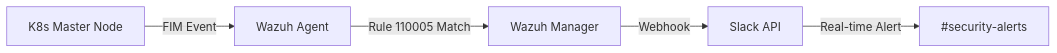
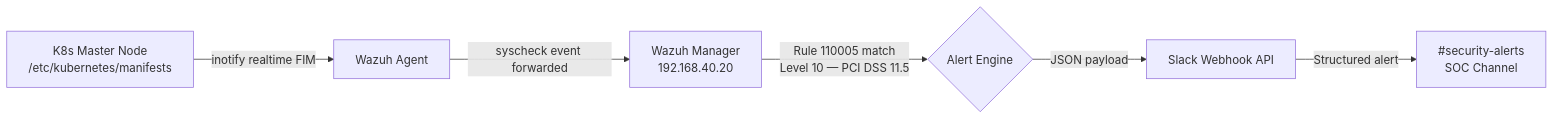
The diagram in README.md (brypreez/homelab), drawn with Mermaid before and after one commit. The commit also changed other lines of this file, not shown here.

````diff
--- a/README.md
+++ b/README.md
@@ -99,7 +77,8 @@
 ```mermaid
-graph LR
-    A[K8s Master Node] -->|FIM Event| B[Wazuh Agent]
-    B -->|Rule 110005 Match| C[Wazuh Manager]
-    C -->|Webhook| D[Slack API]
-    D -->|Real-time Alert| E[#security-alerts]
+flowchart LR
+    A[K8s Master Node\n/etc/kubernetes/manifests] -->|inotify realtime FIM| B[Wazuh Agent]
+    B -->|syscheck event forwarded| C[Wazuh Manager\n192.168.40.20]
+    C -->|Rule 110005 match\nLevel 10 — PCI DSS 11.5| D{Alert Engine}
+    D -->|JSON payload| E[Slack Webhook API]
+    E -->|Structured alert| F[#security-alerts\nSOC Channel]
 ```
````
